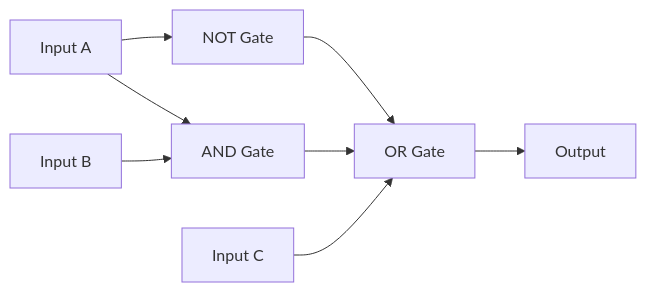
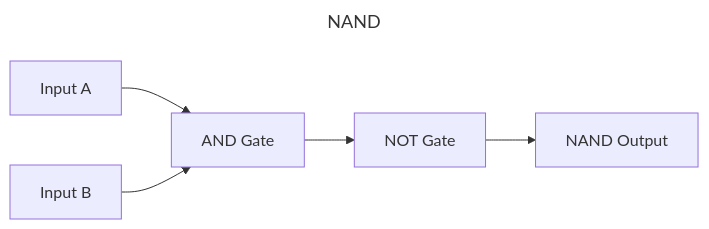
The first of 2 diagrams in README.md (rlch/tutero-assignment), drawn with Mermaid before and after one commit. The commit also changed other lines of this file and 4 other files, not shown here.

````diff
--- a/README.md
+++ b/README.md
@@ -7,10 +11,10 @@
 ```mermaid
+---
+title: NAND
+---
 flowchart LR
     A[Input A] --> AND1[AND Gate]
     B[Input B] --> AND1
-    A --> NOT1[NOT Gate]
-    NOT1 --> OR1[OR Gate]
-    AND1 --> OR1
-    C[Input C] --> OR1
-    OR1 --> D[Output]
+    AND1 --> NOT1[NOT Gate]
+    NOT1 --> Output[NAND Output]
 ```
````
